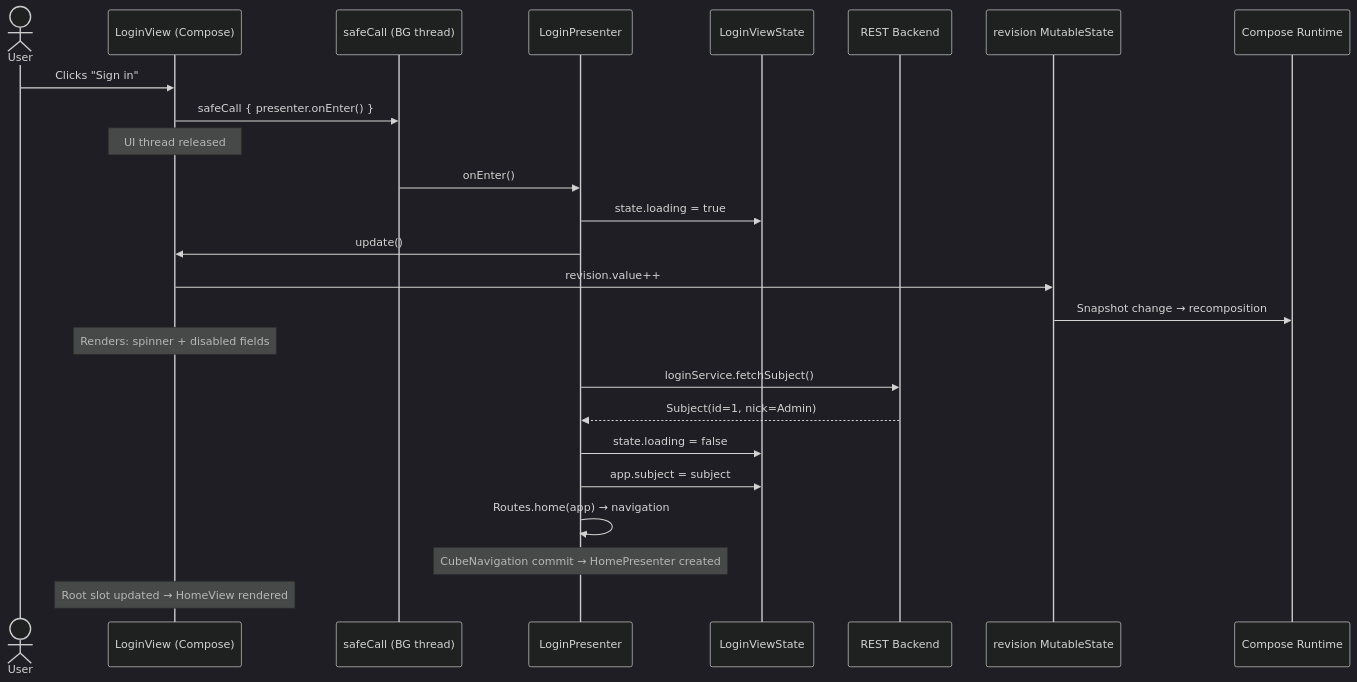
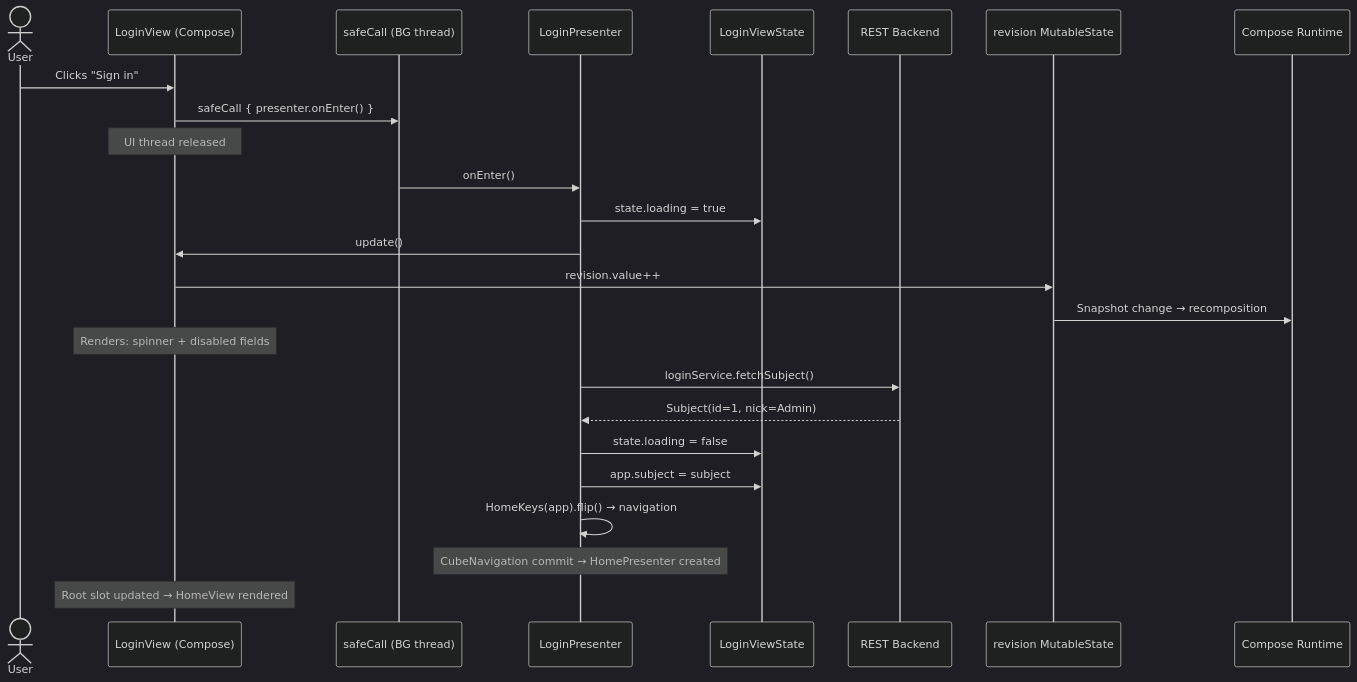
One commit to mrcdom/wdc-cube-kotlin changed the fifth of 9 diagrams in docs/architecture-cube-compose.md. Above: the diagram before and after it, drawn with Mermaid (dark theme). The commit also changed other lines of this file and 27 other files, not shown here.

````diff
--- a/docs/architecture-cube-compose.md
+++ b/docs/architecture-cube-compose.md
@@ -246,31 +246,31 @@
 ```mermaid
 sequenceDiagram
     actor User as User
     participant View as LoginView (Compose)
     participant SC as safeCall (BG thread)
     participant P as LoginPresenter
     participant S as LoginViewState
     participant API as REST Backend
     participant Rev as revision MutableState
     participant CR as Compose Runtime
 
     User->>View: Clicks "Sign in"
     View->>SC: safeCall { presenter.onEnter() }
     Note over View: UI thread released
 
     SC->>P: onEnter()
     P->>S: state.loading = true
     P->>View: update()
     View->>Rev: revision.value++
     Rev->>CR: Snapshot change → recomposition
     Note over View: Renders: spinner + disabled fields
 
     P->>API: loginService.fetchSubject()
     API-->>P: Subject(id=1, nick=Admin)
 
     P->>S: state.loading = false
     P->>S: app.subject = subject
-    P->>P: Routes.home(app) → navigation
+    P->>P: HomeKeys(app).flip() → navigation
     Note over P: CubeNavigation commit → HomePresenter created
     Note over View: Root slot updated → HomeView rendered
 ```
````
